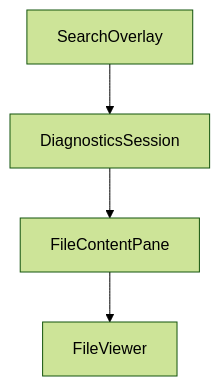
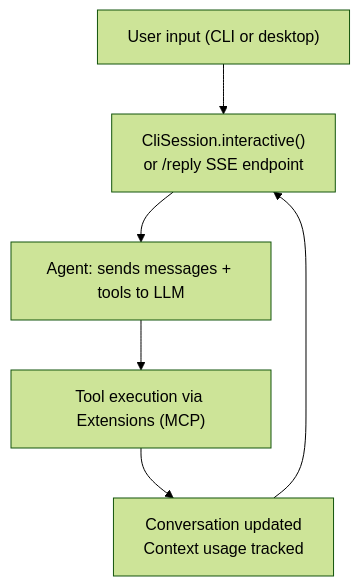
One commit to johnxie/awesome-code-docs changed the second of 2 diagrams in tutorials/goose-tutorial/02-architecture-and-agent-loop.md. Above: the diagram before and after it, drawn with Mermaid (forest theme). The commit also changed other lines of this file and 1232 other files, not shown here.

````diff
--- a/tutorials/goose-tutorial/02-architecture-and-agent-loop.md
+++ b/tutorials/goose-tutorial/02-architecture-and-agent-loop.md
@@ -238,10 +188,13 @@
 ```mermaid
 flowchart TD
-    A[SearchOverlay]
-    B[DiagnosticsSession]
-    C[FileContentPane]
-    D[FileViewer]
+    A["User input (CLI or desktop)"]
+    B["CliSession.interactive()\nor /reply SSE endpoint"]
+    C["Agent: sends messages + tools to LLM"]
+    D["Tool execution via Extensions (MCP)"]
+    E["Conversation updated\nContext usage tracked"]
     A --> B
     B --> C
     C --> D
+    D --> E
+    E --> B
 ```
````
